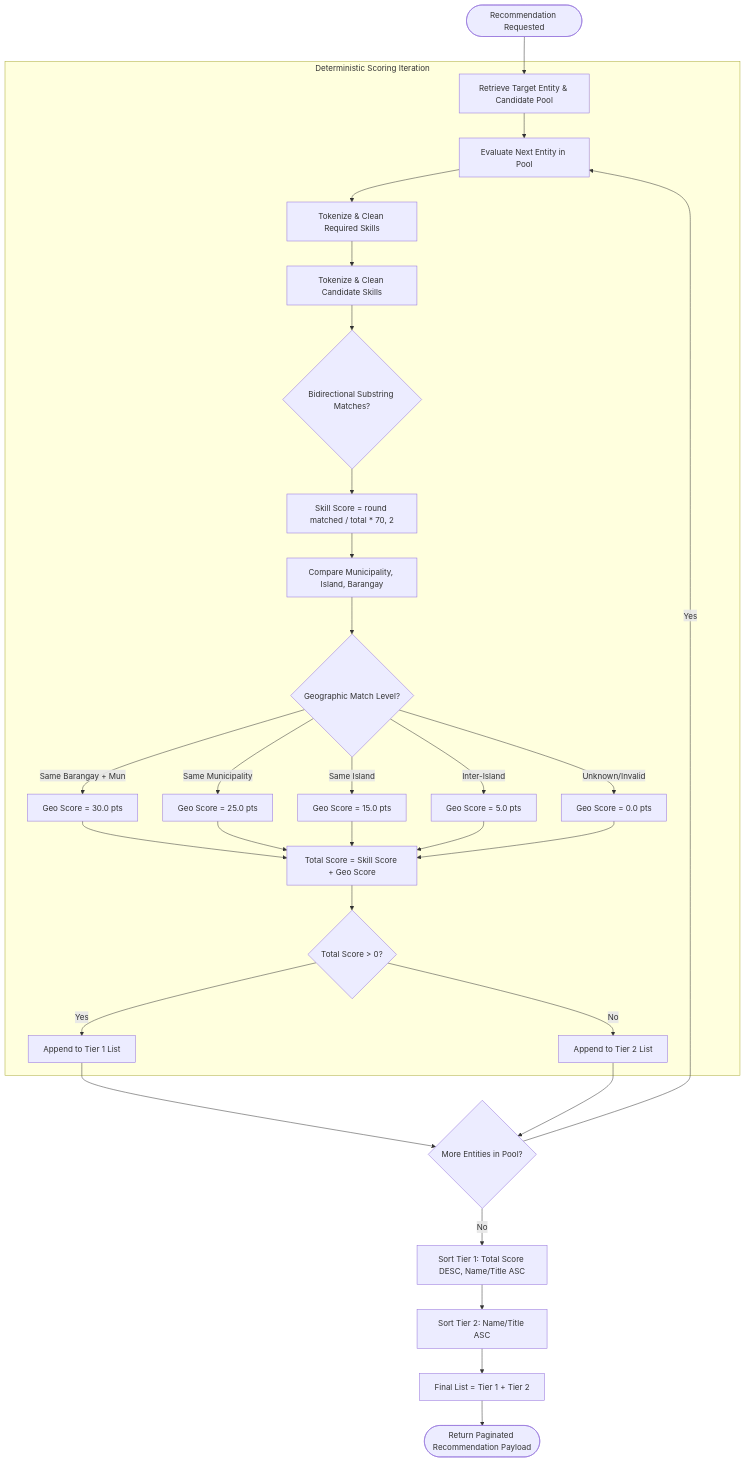
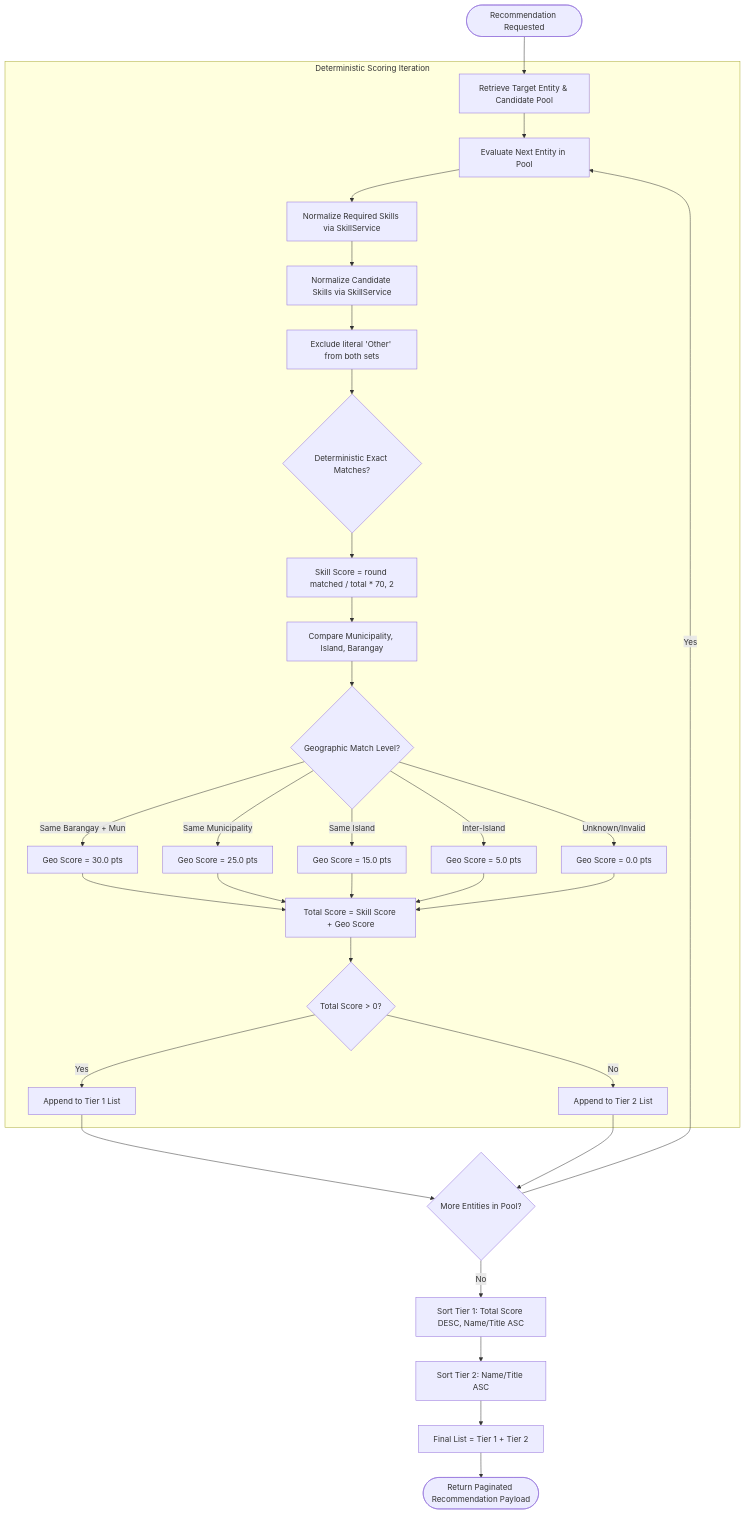
The diagram in development/Documentation/09-Recommendation-Engine.md (Coffeee-ui/Batanes_Niche), drawn with Mermaid before and after one commit. The commit also changed other lines of this file and 14 other files, not shown here.

````diff
--- a/development/Documentation/09-Recommendation-Engine.md
+++ b/development/Documentation/09-Recommendation-Engine.md
@@ -150,42 +155,43 @@
 ```mermaid
 flowchart TD
     Start([Recommendation Requested]) --> FetchInputs[Retrieve Target Entity & Candidate Pool]
     
     subgraph ScoringLoop["Deterministic Scoring Iteration"]
         FetchInputs --> NextCandidate[Evaluate Next Entity in Pool]
         
-        NextCandidate --> TokenizeReq[Tokenize & Clean Required Skills]
-        TokenizeReq --> TokenizeCand[Tokenize & Clean Candidate Skills]
-        TokenizeCand --> CheckMatch{Bidirectional Substring Matches?}
+        NextCandidate --> TokenizeReq["Normalize Required Skills via SkillService"]
+        TokenizeReq --> TokenizeCand["Normalize Candidate Skills via SkillService"]
+        TokenizeCand --> FilterOther["Exclude literal 'Other' from both sets"]
+        FilterOther --> CheckMatch{Deterministic Exact Matches?}
         
         CheckMatch --> CalcSkill[Skill Score = round matched / total * 70, 2]
         
         CalcSkill --> CompareGeo[Compare Municipality, Island, Barangay]
         CompareGeo --> BranchGeo{Geographic Match Level?}
         
         BranchGeo -- Same Barangay + Mun --> Geo30[Geo Score = 30.0 pts]
         BranchGeo -- Same Municipality --> Geo25[Geo Score = 25.0 pts]
         BranchGeo -- Same Island --> Geo15[Geo Score = 15.0 pts]
         BranchGeo -- Inter-Island --> Geo5[Geo Score = 5.0 pts]
         BranchGeo -- Unknown/Invalid --> Geo0[Geo Score = 0.0 pts]
         
         Geo30 --> SumScore[Total Score = Skill Score + Geo Score]
         Geo25 --> SumScore
         Geo15 --> SumScore
         Geo5 --> SumScore
         Geo0 --> SumScore
         
         SumScore --> AssignTier{Total Score > 0?}
         AssignTier -- Yes --> PutTier1[Append to Tier 1 List]
         AssignTier -- No --> PutTier2[Append to Tier 2 List]
     end
 
     PutTier1 --> CheckMore{More Entities in Pool?}
     PutTier2 --> CheckMore
     CheckMore -- Yes --> NextCandidate
     
     CheckMore -- No --> SortTier1[Sort Tier 1: Total Score DESC, Name/Title ASC]
     SortTier1 --> SortTier2[Sort Tier 2: Name/Title ASC]
     SortTier2 --> ConcatResults[Final List = Tier 1 + Tier 2]
     ConcatResults --> ReturnAPI([Return Paginated Recommendation Payload])
 ```
````
